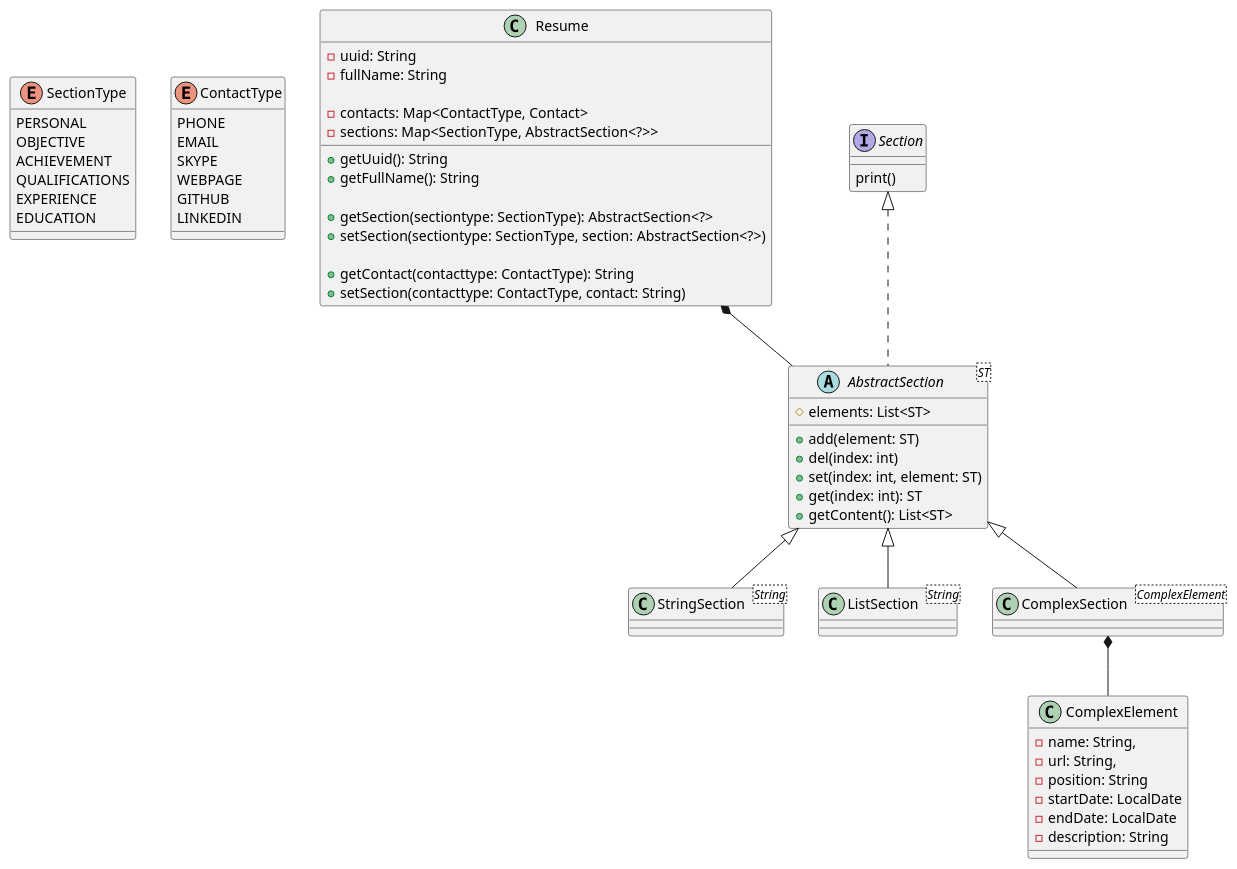
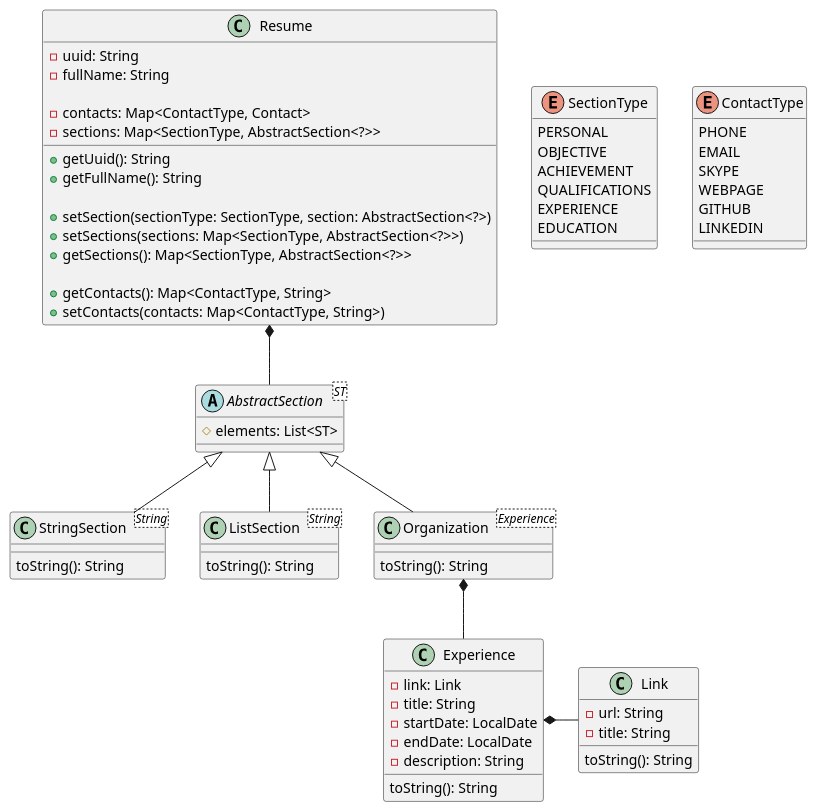
The diagram in basejava.puml (dmitrysib/basejava), drawn with PlantUML before and after one commit.

Commit message:
HW7: refresh UML diagramm

```diff
--- a/basejava.puml
+++ b/basejava.puml
@@ -1,73 +1,78 @@
 @startuml
 
 enum SectionType {
     PERSONAL
     OBJECTIVE
     ACHIEVEMENT
     QUALIFICATIONS
     EXPERIENCE
     EDUCATION
 }
 
 enum ContactType {
     PHONE
     EMAIL
     SKYPE
     WEBPAGE
     GITHUB
     LINKEDIN
 }
 
 class Resume {
     - uuid: String
     - fullName: String
 
     - contacts: Map<ContactType, Contact>
     - sections: Map<SectionType, AbstractSection<?>>
 
     + getUuid(): String
     + getFullName(): String
 
-    + getSection(sectiontype: SectionType): AbstractSection<?>
-    + setSection(sectiontype: SectionType, section: AbstractSection<?>)
+    + setSection(sectionType: SectionType, section: AbstractSection<?>)
+    + setSections(sections: Map<SectionType, AbstractSection<?>>)
+    + getSections(): Map<SectionType, AbstractSection<?>>
 
-    + getContact(contacttype: ContactType): String
-    + setSection(contacttype: ContactType, contact: String)
+    + getContacts(): Map<ContactType, String>
+    + setContacts(contacts: Map<ContactType, String>)
+}
+
+abstract class AbstractSection<ST> {
+    #elements: List<ST>
+}
+
+class StringSection<String> extends AbstractSection {
+    toString(): String
+}
+
+class ListSection<String> extends AbstractSection {
+    toString(): String
 }
 
 together {
+    class Link {
+        - url: String
+        - title: String
 
-    interface Section {
-        print()
+        toString(): String
     }
 
-    abstract class AbstractSection<ST> implements Section {
-        #elements: List<ST>
+    class Experience {
+        - link: Link
+        - title: String
+        - startDate: LocalDate
+        - endDate: LocalDate
+        - description: String
 
-        + add(element: ST)
-        + del(index: int)
-        + set(index: int, element: ST)
-        + get(index: int): ST
-        + getContent(): List<ST>
+        toString(): String
     }
 }
 
-class StringSection<String> extends AbstractSection
-
-class ListSection<String> extends AbstractSection
-
-class ComplexElement {
-    - name: String,
-    - url: String,
-    - position: String
-    - startDate: LocalDate
-    - endDate: LocalDate
-    - description: String
+class Organization<Experience> extends AbstractSection {
+    toString(): String
 }
 
-class ComplexSection<ComplexElement> extends AbstractSection
-
 Resume *-- AbstractSection
-ComplexSection *-- ComplexElement
+Organization *-- Experience
+Experience *- Link
 
 @enduml
```
